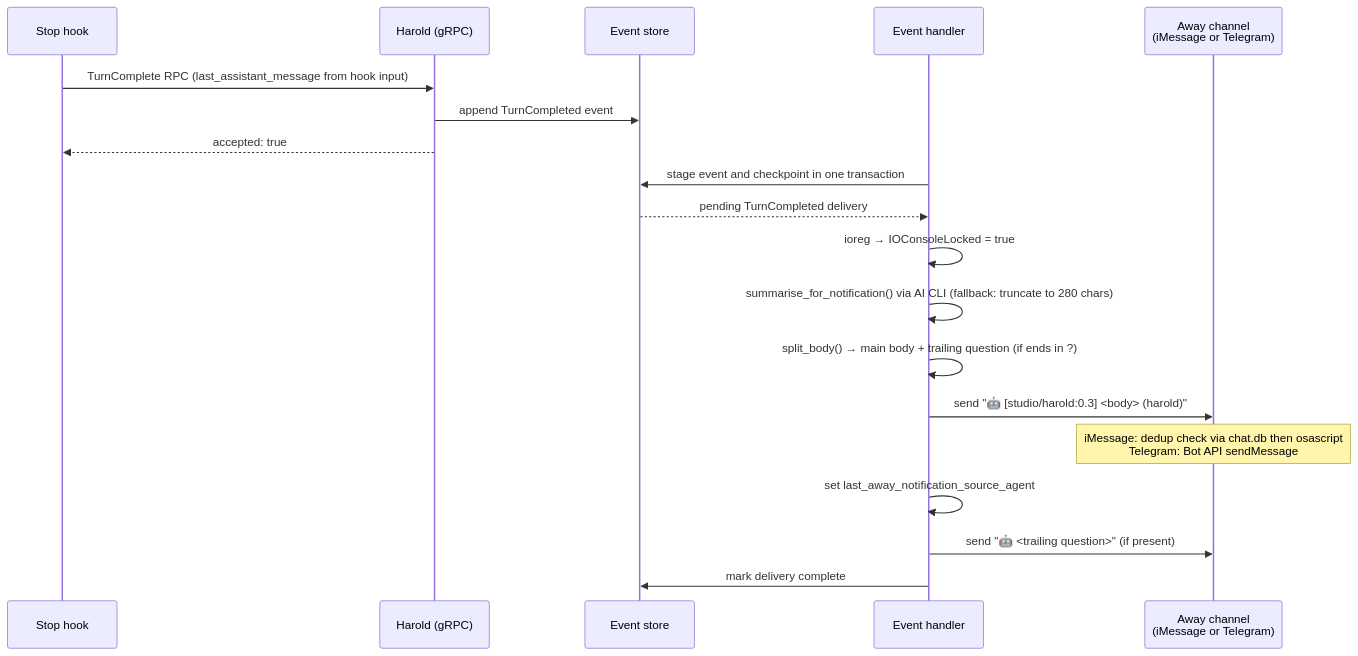
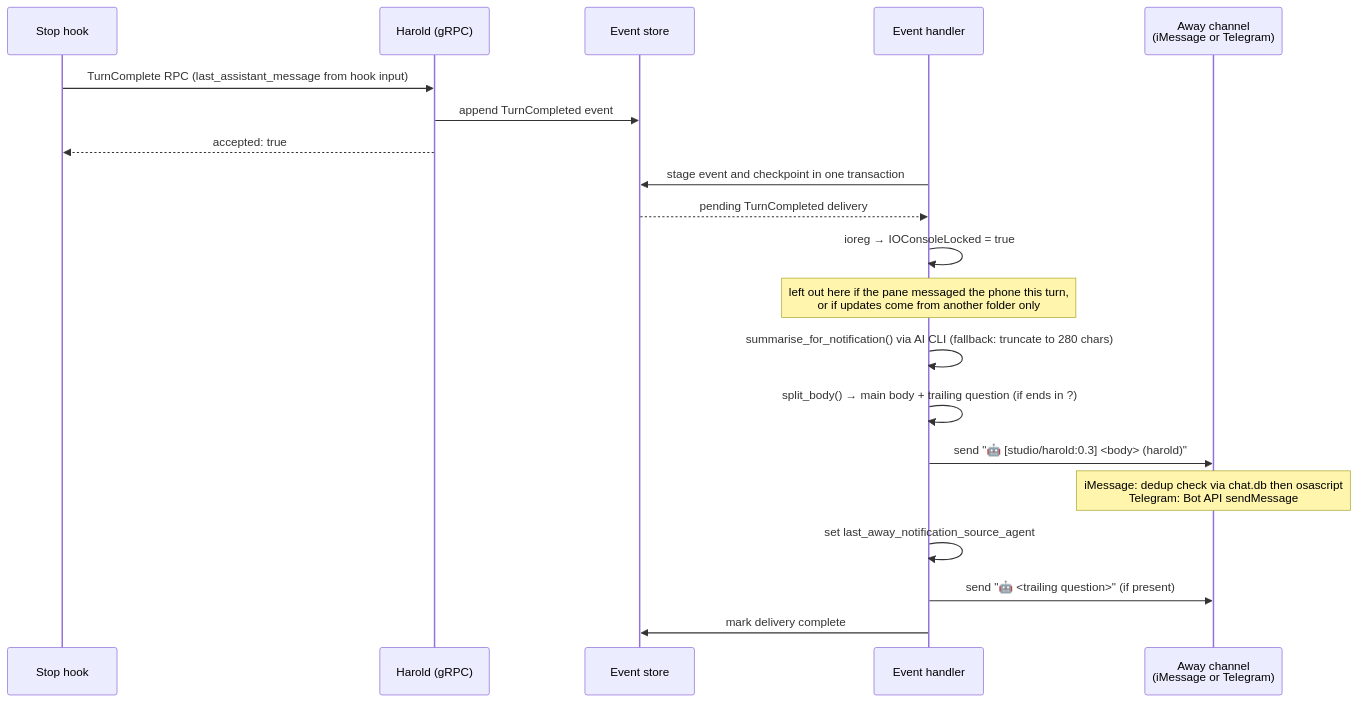
Before and after one commit to kahgeh/harold: the second of 2 diagrams in docs/references/notification/README.md, drawn with Mermaid. The commit also changed other lines of this file and 2 other files, not shown here.

Commit message:
Document the turn-end updates Harold leaves out and the away_updates_only_from setting

````diff
--- a/docs/references/notification/README.md
+++ b/docs/references/notification/README.md
@@ -177,23 +220,24 @@
 ```mermaid
 sequenceDiagram
     participant Hook as Stop hook
     participant gRPC as Harold (gRPC)
     participant Store as Event store
     participant Handler as Event handler
     participant Channel as Away channel<br/>(iMessage or Telegram)
 
     Hook->>gRPC: TurnComplete RPC (last_assistant_message from hook input)
     gRPC->>Store: append TurnCompleted event
     gRPC-->>Hook: accepted: true
 
     Handler->>Store: stage event and checkpoint in one transaction
     Store-->>Handler: pending TurnCompleted delivery
     Handler->>Handler: ioreg → IOConsoleLocked = true
+    note over Handler: left out here if the pane messaged the phone this turn,<br/>or if updates come from another folder only
     Handler->>Handler: summarise_for_notification() via AI CLI (fallback: truncate to 280 chars)
     Handler->>Handler: split_body() → main body + trailing question (if ends in ?)
     Handler->>Channel: send "🤖 [studio/harold:0.3] <body> (harold)"
     note over Channel: iMessage: dedup check via chat.db then osascript<br/>Telegram: Bot API sendMessage
     Handler->>Handler: set last_away_notification_source_agent
     Handler->>Channel: send "🤖 <trailing question>" (if present)
     Handler->>Store: mark delivery complete
 ```
````
